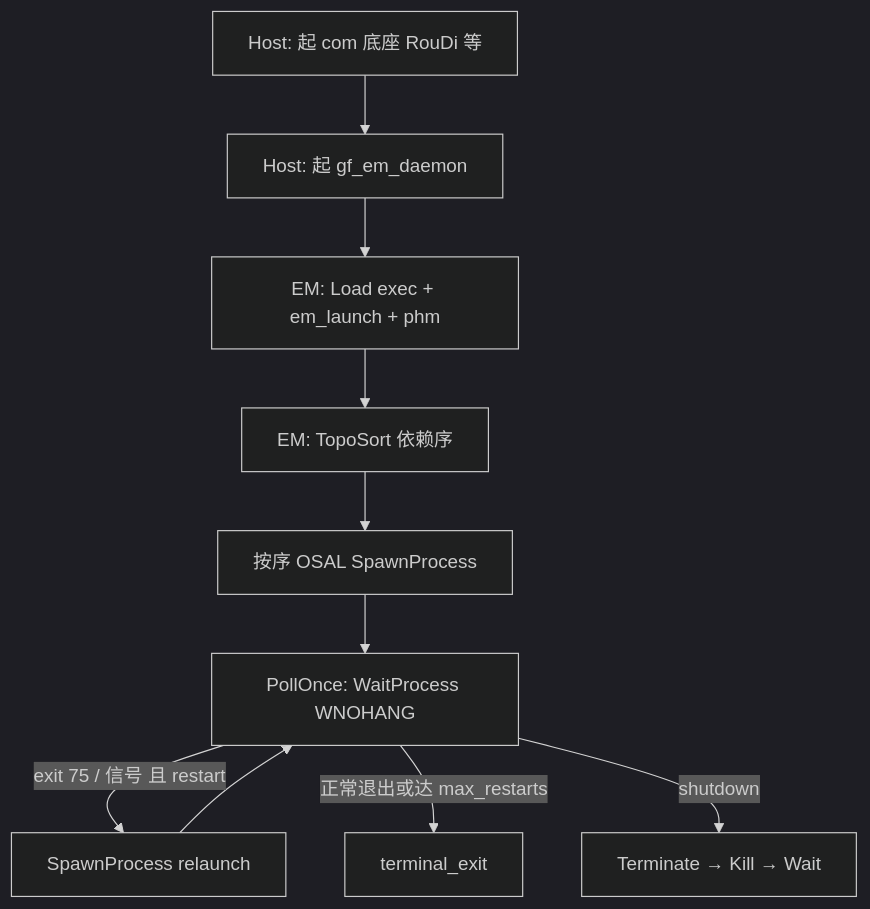
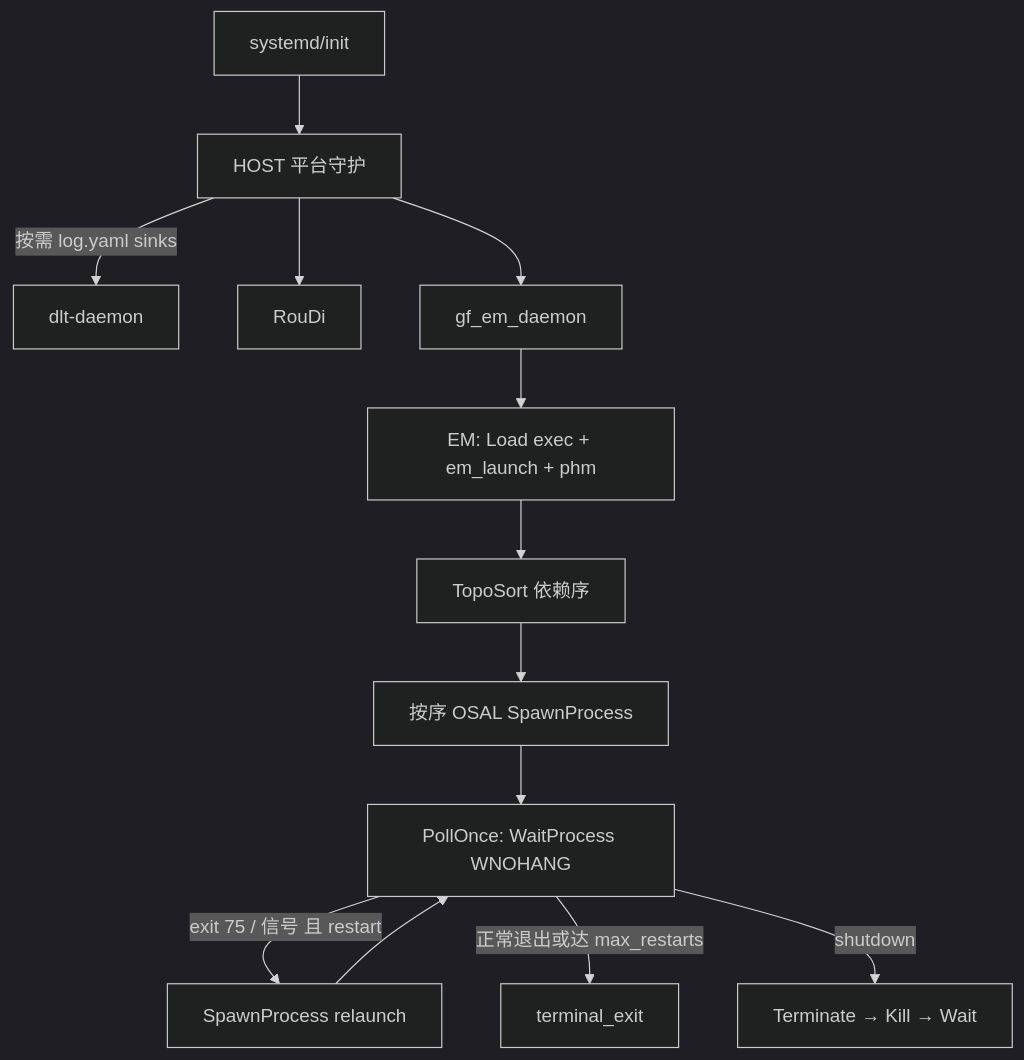
One commit to xinyu2004/AI_Giraffe-Flow changed the diagram in middleware/exec/README.md. Above: the diagram before and after it, drawn with Mermaid (dark theme). The commit also changed other lines of this file and 54 other files, not shown here.

Commit message:
implement DLT（Diagnostic Log and Trace）

````diff
--- a/middleware/exec/README.md
+++ b/middleware/exec/README.md
@@ -20,12 +20,15 @@
 ```mermaid
 flowchart TD
-  A[Host: 起 com 底座 RouDi 等] --> B[Host: 起 gf_em_daemon]
+  I[systemd/init] --> H[HOST 平台守护]
+  H -->|按需 log.yaml sinks| D[dlt-daemon]
+  H --> A[RouDi]
+  H --> B[gf_em_daemon]
   B --> C[EM: Load exec + em_launch + phm]
-  C --> D[EM: TopoSort 依赖序]
-  D --> E[按序 OSAL SpawnProcess]
-  E --> F[PollOnce: WaitProcess WNOHANG]
-  F -->|exit 75 / 信号 且 restart| G[SpawnProcess relaunch]
-  G --> F
-  F -->|正常退出或达 max_restarts| H[terminal_exit]
-  F -->|shutdown| I[Terminate → Kill → Wait]
+  C --> E[TopoSort 依赖序]
+  E --> F[按序 OSAL SpawnProcess]
+  F --> G[PollOnce: WaitProcess WNOHANG]
+  G -->|exit 75 / 信号 且 restart| R[SpawnProcess relaunch]
+  R --> G
+  G -->|正常退出或达 max_restarts| T[terminal_exit]
+  G -->|shutdown| K[Terminate → Kill → Wait]
 ```
````
